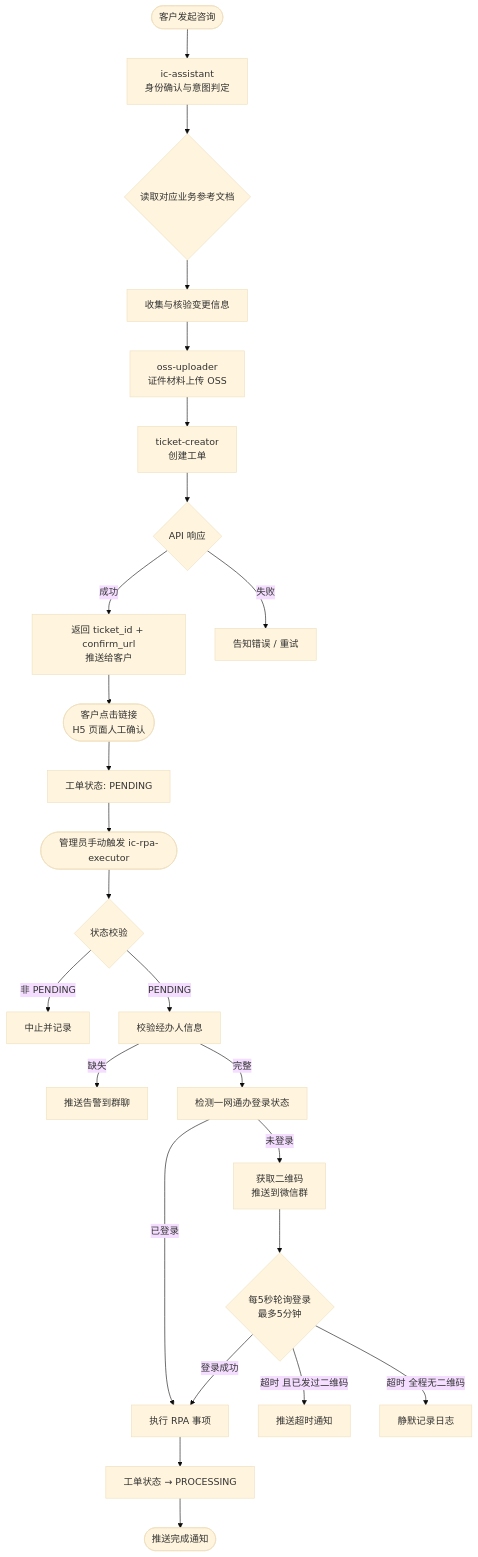
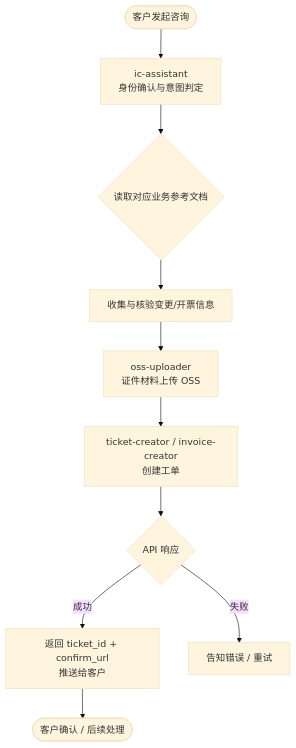
The first of 2 diagrams in PROJECT_DOCUMENTATION.md (jaff521/edonesoft-ai), drawn with Mermaid (base theme) before and after one commit. The commit also changed other lines of this file and 38 other files, not shown here.

Commit message:
refactor(structure): re-organize skills under enterprise-cs/skills and hr-assistant/skills according to OpenClaw workspace spec, remove deprecated ic-rpa-executor

````diff
--- a/PROJECT_DOCUMENTATION.md
+++ b/PROJECT_DOCUMENTATION.md
@@ -83,27 +86,12 @@
 ```mermaid
 flowchart TD
     A([客户发起咨询]) --> B[ic-assistant\n身份确认与意图判定]
     B --> C{读取对应业务参考文档}
-    C --> D[收集与核验变更信息]
+    C --> D[收集与核验变更/开票信息]
     D --> F[oss-uploader\n证件材料上传 OSS]
-    F --> G[ticket-creator\n创建工单]
+    F --> G[ticket-creator / invoice-creator\n创建工单]
     G --> H{API 响应}
     H -->|成功| I[返回 ticket_id + confirm_url\n推送给客户]
     H -->|失败| J[告知错误 / 重试]
-    I --> K([客户点击链接\nH5 页面人工确认])
-    K --> L[工单状态: PENDING]
-    L --> M([管理员手动触发 ic-rpa-executor])
-    M --> N{状态校验}
-    N -->|非 PENDING| O[中止并记录]
-    N -->|PENDING| P[校验经办人信息]
-    P -->|缺失| Q[推送告警到群聊]
-    P -->|完整| R[检测一网通办登录状态]
-    R -->|已登录| U[执行 RPA 事项]
-    R -->|未登录| S[获取二维码\n推送到微信群]
-    S --> T{每5秒轮询登录\n最多5分钟}
-    T -->|登录成功| U
-    T -->|超时 且已发过二维码| V[推送超时通知]
-    T -->|超时 全程无二维码| W[静默记录日志]
-    U --> X[工单状态 → PROCESSING]
-    X --> Y([推送完成通知])
+    I --> K([客户确认 / 后续处理])
 ```
````
